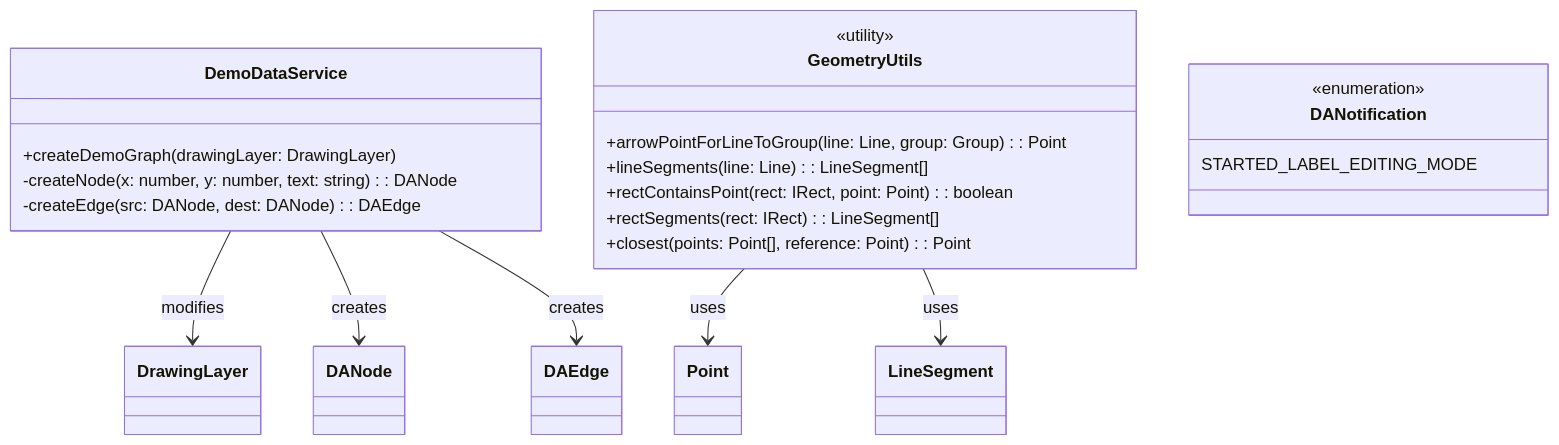
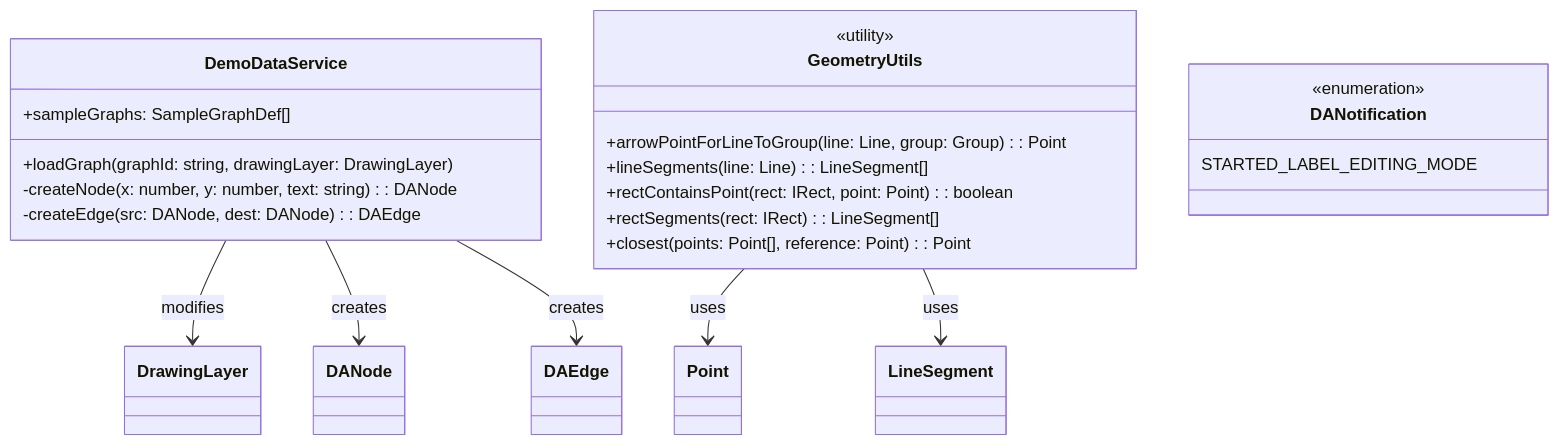
One commit to bnjmnbrmn/kidraw changed the third of 6 diagrams in docs/uml-diagrams.md. Above: the diagram before and after it, drawn with Mermaid. The commit also changed 6 other files, not shown here.

````diff
--- a/docs/uml-diagrams.md
+++ b/docs/uml-diagrams.md
@@ -146,28 +146,29 @@
 ```mermaid
 classDiagram
     class DemoDataService {
-        +createDemoGraph(drawingLayer: DrawingLayer)
+        +sampleGraphs: SampleGraphDef[]
+        +loadGraph(graphId: string, drawingLayer: DrawingLayer)
         -createNode(x: number, y: number, text: string): DANode
         -createEdge(src: DANode, dest: DANode): DAEdge
     }
 
     class GeometryUtils {
         <<utility>>
         +arrowPointForLineToGroup(line: Line, group: Group): Point
         +lineSegments(line: Line): LineSegment[]
         +rectContainsPoint(rect: IRect, point: Point): boolean
         +rectSegments(rect: IRect): LineSegment[]
         +closest(points: Point[], reference: Point): Point
     }
 
     class DANotification {
         <<enumeration>>
         STARTED_LABEL_EDITING_MODE
     }
 
     DemoDataService --> DrawingLayer : modifies
     DemoDataService --> DANode : creates
     DemoDataService --> DAEdge : creates
     GeometryUtils --> Point : uses
     GeometryUtils --> LineSegment : uses
 ```
````
